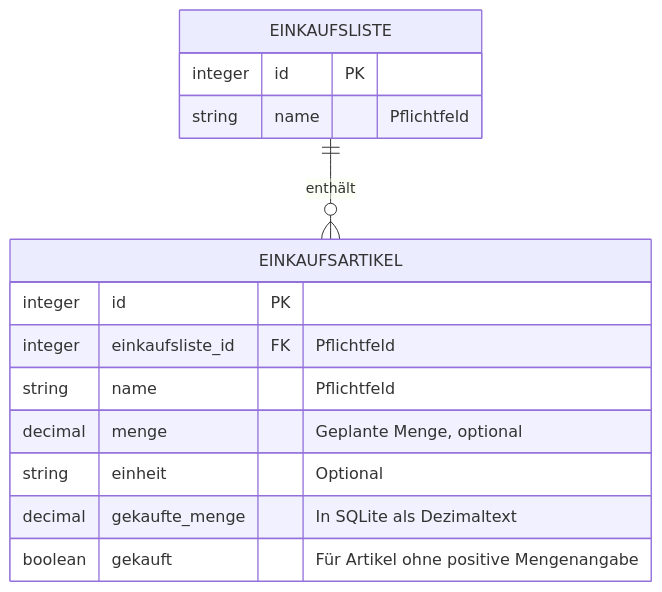
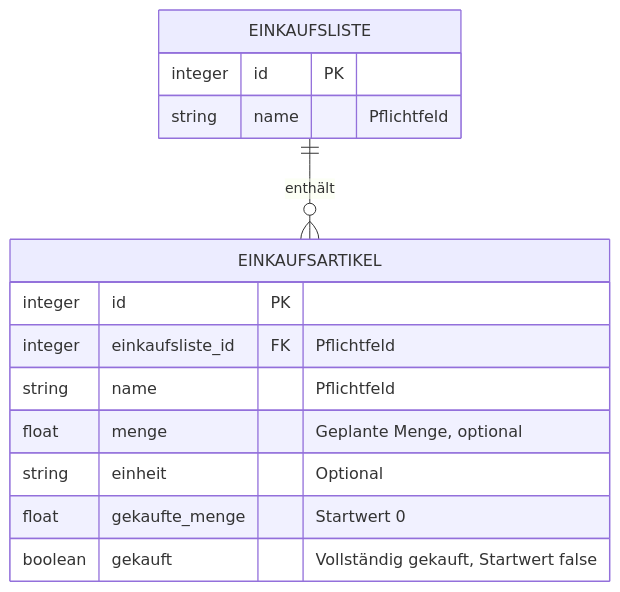
The diagram in README.md (svenbjoern/fhnw-einkaufsliste), drawn with Mermaid before and after one commit. The commit also changed other lines of this file and 1 other file, not shown here.

````diff
--- a/README.md
+++ b/README.md
@@ -63,17 +63,17 @@
 ```mermaid
 erDiagram
     EINKAUFSLISTE ||--o{ EINKAUFSARTIKEL : "enthält"
     EINKAUFSLISTE {
         integer id PK
         string name "Pflichtfeld"
     }
     EINKAUFSARTIKEL {
         integer id PK
         integer einkaufsliste_id FK "Pflichtfeld"
         string name "Pflichtfeld"
-        decimal menge "Geplante Menge, optional"
+        float menge "Geplante Menge, optional"
         string einheit "Optional"
-        decimal gekaufte_menge "In SQLite als Dezimaltext"
-        boolean gekauft "Für Artikel ohne positive Mengenangabe"
+        float gekaufte_menge "Startwert 0"
+        boolean gekauft "Vollständig gekauft, Startwert false"
     }
 ```
````
